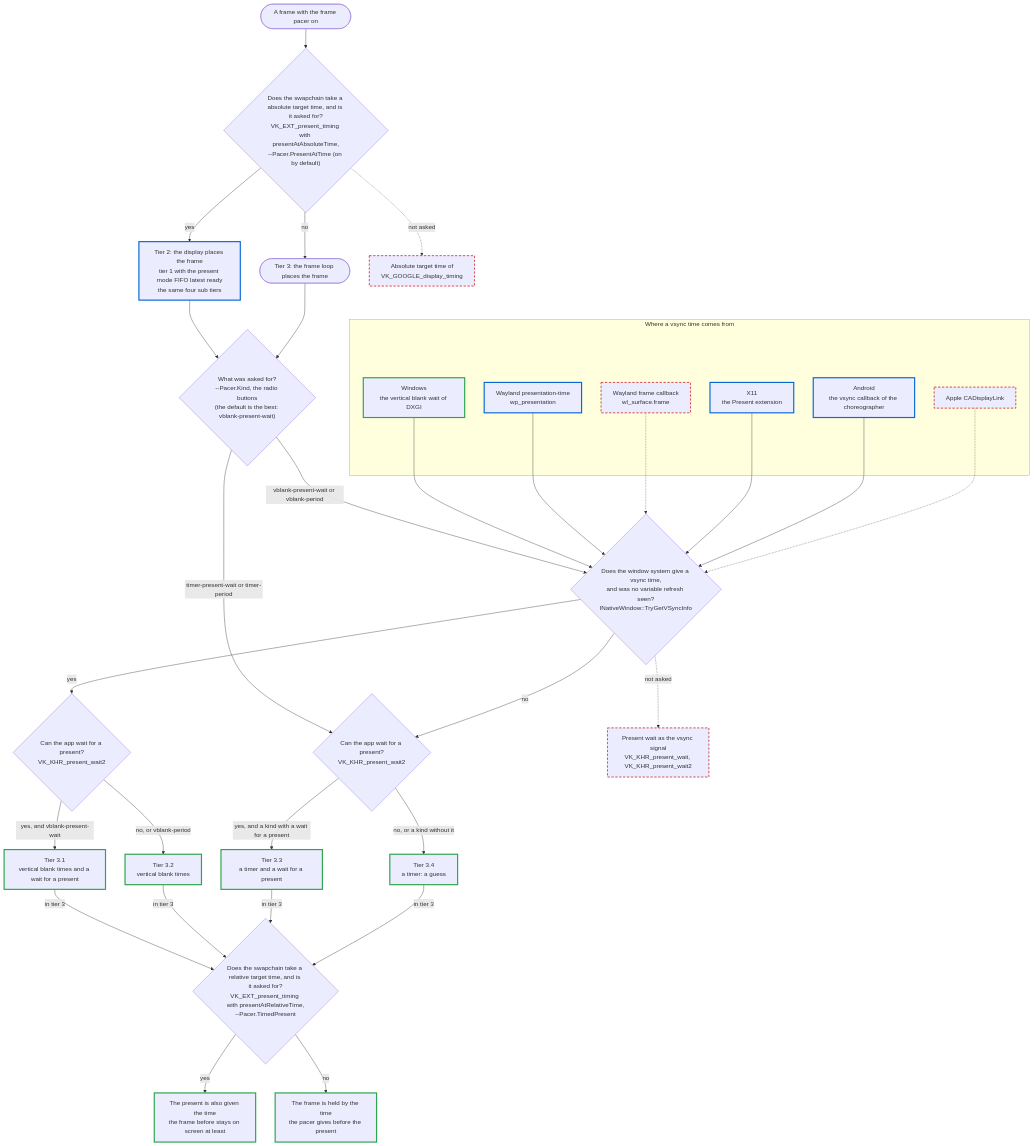
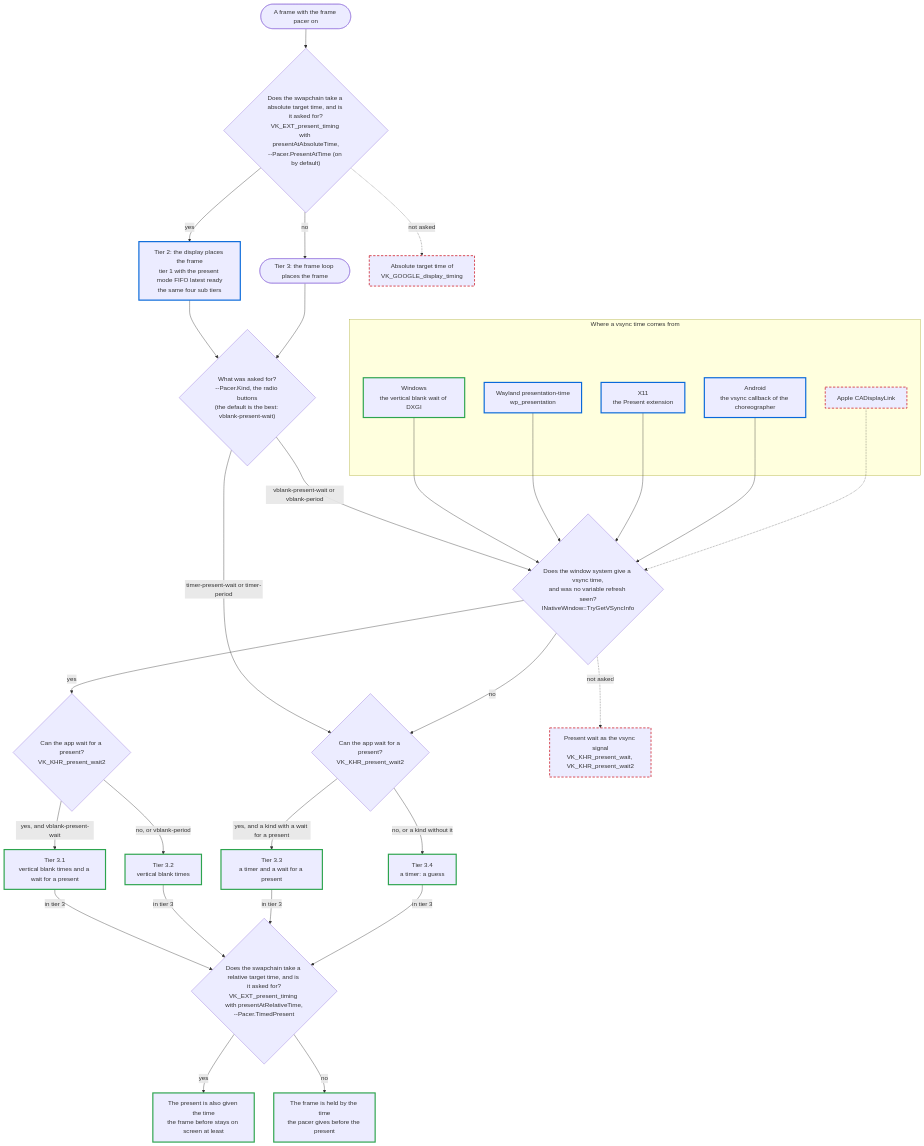
The diagram in Doc/FramePacingPlatformSupport.md (Unarmed1000/gtec-demo-framework), drawn with Mermaid before and after one commit. The commit also changed other lines of this file and 30 other files, not shown here.

First line of the commit message:
Wayland frame callback: a window can wait for it, and the FramePacing samples hold their loop with it (mb-framepacing 0.1.0-alpha.8)

````diff
--- a/Doc/FramePacingPlatformSupport.md
+++ b/Doc/FramePacingPlatformSupport.md
@@ -428,64 +442,62 @@
 ```mermaid
 flowchart TD
     run(["A frame with the frame pacer on"])
     q1{"What was asked for?<br/>--Pacer.Kind, the radio buttons<br/>(the default is the best: vblank-present-wait)"}
     q2{"Does the window system give a vsync time,<br/>and was no variable refresh seen?<br/>INativeWindow::TryGetVSyncInfo"}
     q3{"Can the app wait for a present?<br/>VK_KHR_present_wait2"}
     q4{"Can the app wait for a present?<br/>VK_KHR_present_wait2"}
     q0{"Does the swapchain take a absolute target time, and is it asked for?<br/>VK_EXT_present_timing with presentAtAbsoluteTime,<br/>--Pacer.PresentAtTime (on by default)"}
     q5{"Does the swapchain take a relative target time, and is it asked for?<br/>VK_EXT_present_timing with presentAtRelativeTime,<br/>--Pacer.TimedPresent"}
     major3(["Tier 3: the frame loop places the frame"])
     major2["Tier 2: the display places the frame<br/>tier 1 with the present mode FIFO latest ready<br/>the same four sub tiers"]:::built
 
     t31["Tier 3.1<br/>vertical blank times and a wait for a present"]:::measured
     t32["Tier 3.2<br/>vertical blank times"]:::measured
     t33["Tier 3.3<br/>a timer and a wait for a present"]:::measured
     t34["Tier 3.4<br/>a timer: a guess"]:::measured
     timed["The present is also given the time<br/>the frame before stays on screen at least"]:::measured
     plain["The frame is held by the time<br/>the pacer gives before the present"]:::measured
 
     absolute["Absolute target time of<br/>VK_GOOGLE_display_timing"]:::notbuilt
     presentwait["Present wait as the vsync signal<br/>VK_KHR_present_wait, VK_KHR_present_wait2"]:::notbuilt
 
     subgraph sources ["Where a vsync time comes from"]
         win["Windows<br/>the vertical blank wait of DXGI"]:::measured
         wlpresentation["Wayland presentation-time<br/>wp_presentation"]:::built
-        wlframe["Wayland frame callback<br/>wl_surface.frame"]:::notbuilt
         x11present["X11<br/>the Present extension"]:::built
         android["Android<br/>the vsync callback of the choreographer"]:::built
         other["Apple CADisplayLink"]:::notbuilt
     end
 
     run --> q0
     q0 -- "yes" --> major2
     q0 -- "no" --> major3
     major2 --> q1
     major3 --> q1
     q1 -- "vblank-present-wait or vblank-period" --> q2
     q1 -- "timer-present-wait or timer-period" --> q4
     q2 -- "yes" --> q3
     q2 -- "no" --> q4
     q3 -- "yes, and vblank-present-wait" --> t31
     q3 -- "no, or vblank-period" --> t32
     q4 -- "yes, and a kind with a wait for a present" --> t33
     q4 -- "no, or a kind without it" --> t34
     t31 -- "in tier 3" --> q5
     t32 -- "in tier 3" --> q5
     t33 -- "in tier 3" --> q5
     t34 -- "in tier 3" --> q5
     q5 -- "yes" --> timed
     q5 -- "no" --> plain
 
     win --> q2
     wlpresentation --> q2
-    wlframe -.-> q2
     x11present --> q2
     android --> q2
     other -.-> q2
     q0 -. "not asked" .-> absolute
     q2 -. "not asked" .-> presentwait
 
     classDef measured stroke:#2da44e,stroke-width:3px
     classDef built stroke:#0969da,stroke-width:3px
     classDef notbuilt stroke:#cf222e,stroke-width:2px,stroke-dasharray:6 4
 ```
````
